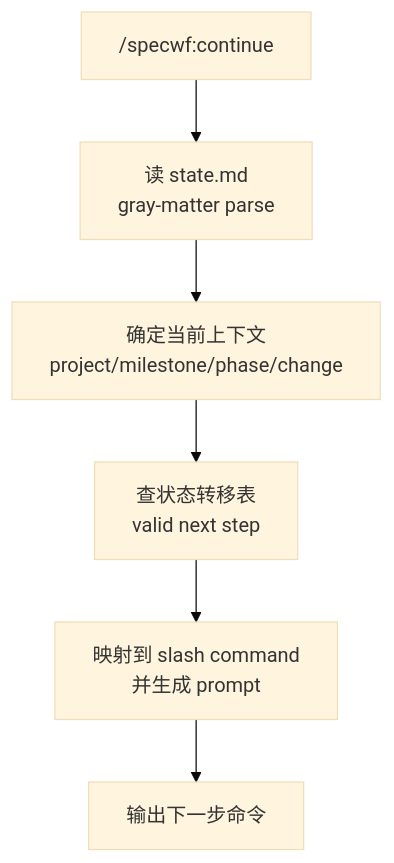
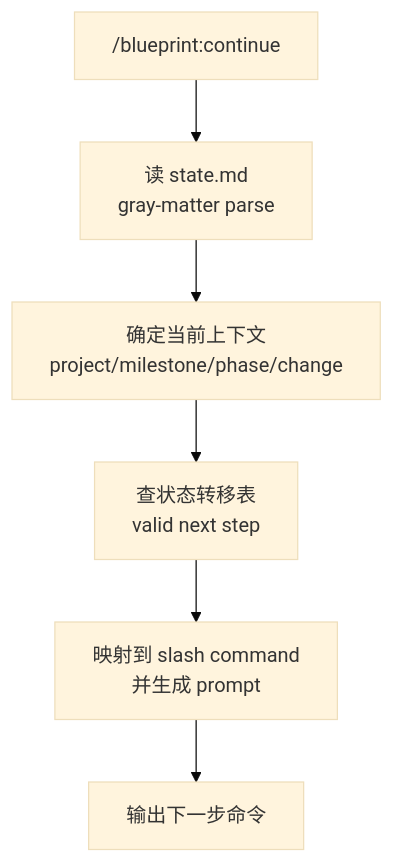
The third of 3 diagrams in bp/research/architecture.md (hyperion2144/blueprint), drawn with Mermaid (base theme) before and after one commit. The commit also changed other lines of this file and 140 other files, not shown here.

````diff
--- a/bp/research/architecture.md
+++ b/bp/research/architecture.md
@@ -935,11 +935,11 @@
 ```mermaid
 flowchart TD
-    START["/specwf:continue"]
+    START["/blueprint:continue"]
     READ["读 state.md<br/>gray-matter parse"]
     DETERMINE["确定当前上下文<br/>project/milestone/phase/change"]
     LOOKUP["查状态转移表<br/>valid next step"]
     COMMAND["映射到 slash command<br/>并生成 prompt"]
     OUTPUT["输出下一步命令"]
 
     START --> READ --> DETERMINE --> LOOKUP --> COMMAND --> OUTPUT
 ```
````
